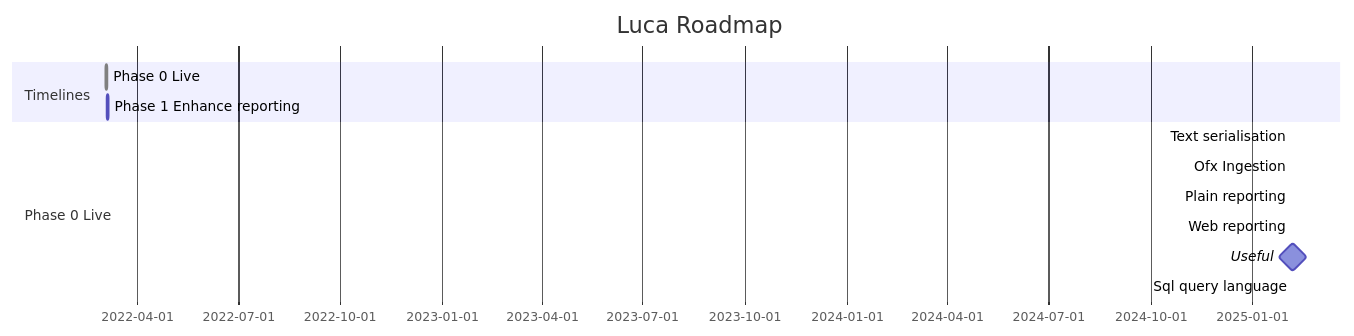
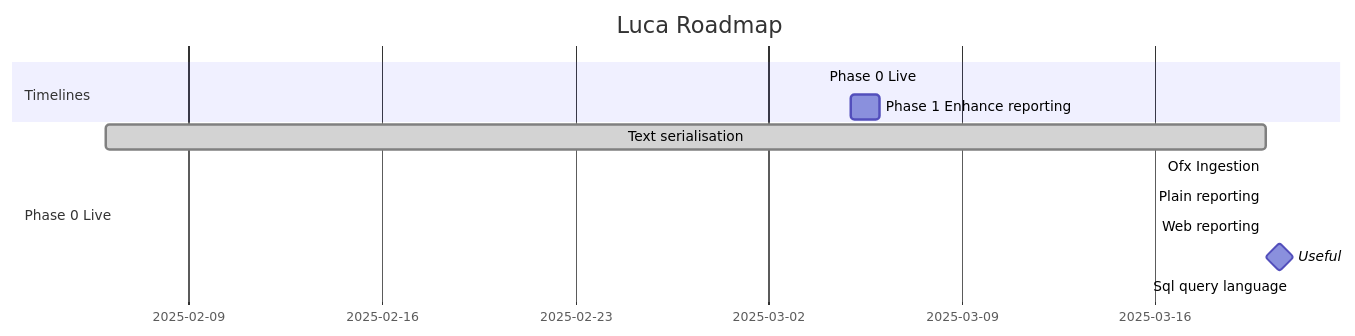
Before and after one commit to drummonds/luca: the diagram in README.md, drawn with Mermaid.

Commit message:
updating roadmap

````diff
--- a/README.md
+++ b/README.md
@@ -141,18 +141,18 @@
 ```mermaid
 gantt
     title Luca Roadmap
     dateFormat  YYYY-MM-DD
 
     section Timelines
-    Phase 0 Live         :done, t1,  2022-03-04, 1d
-    Phase 1 Enhance reporting     :t2,  2022-03-05, 1d
+    Phase 0 Live         :done, t1,  2025-03-04, 6m
+    Phase 1 Enhance reporting     :t2,  2025-03-05, 1d
 
     section Phase 0 Live
-    Text serialisation    : done, a1, 2025-02-06, 1m
+    Text serialisation    : done, a1, 2025-02-06, 6w
     Ofx Ingestion         :active, a2, after a1, 1m
     Plain reporting       :a3, after a2, 1m
     Web reporting         :a4, after a3, 1m
     Useful                :milestone, a5, after a4, 1d
     Sql query language    :a6, after a5, 1m
 
 ```
````
